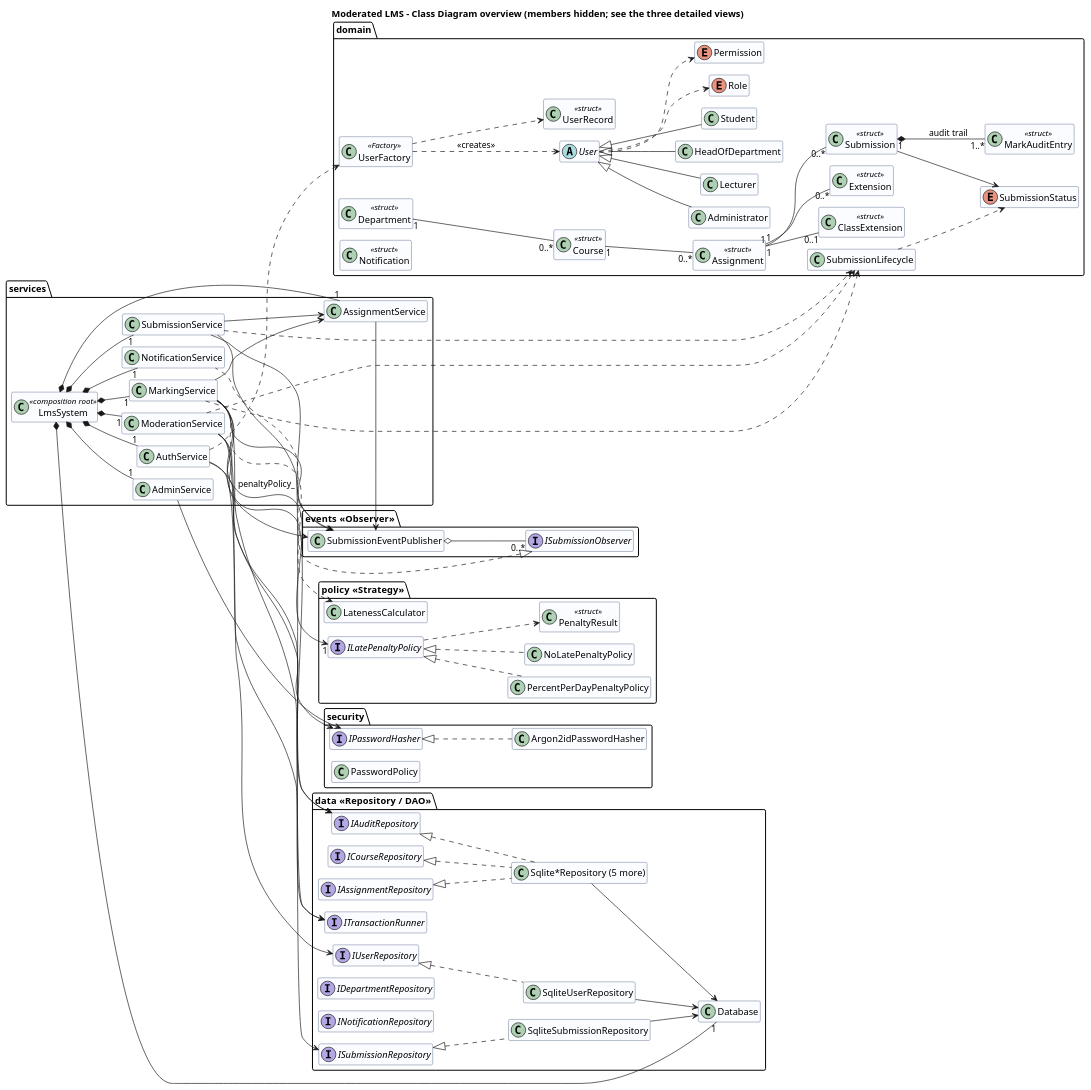
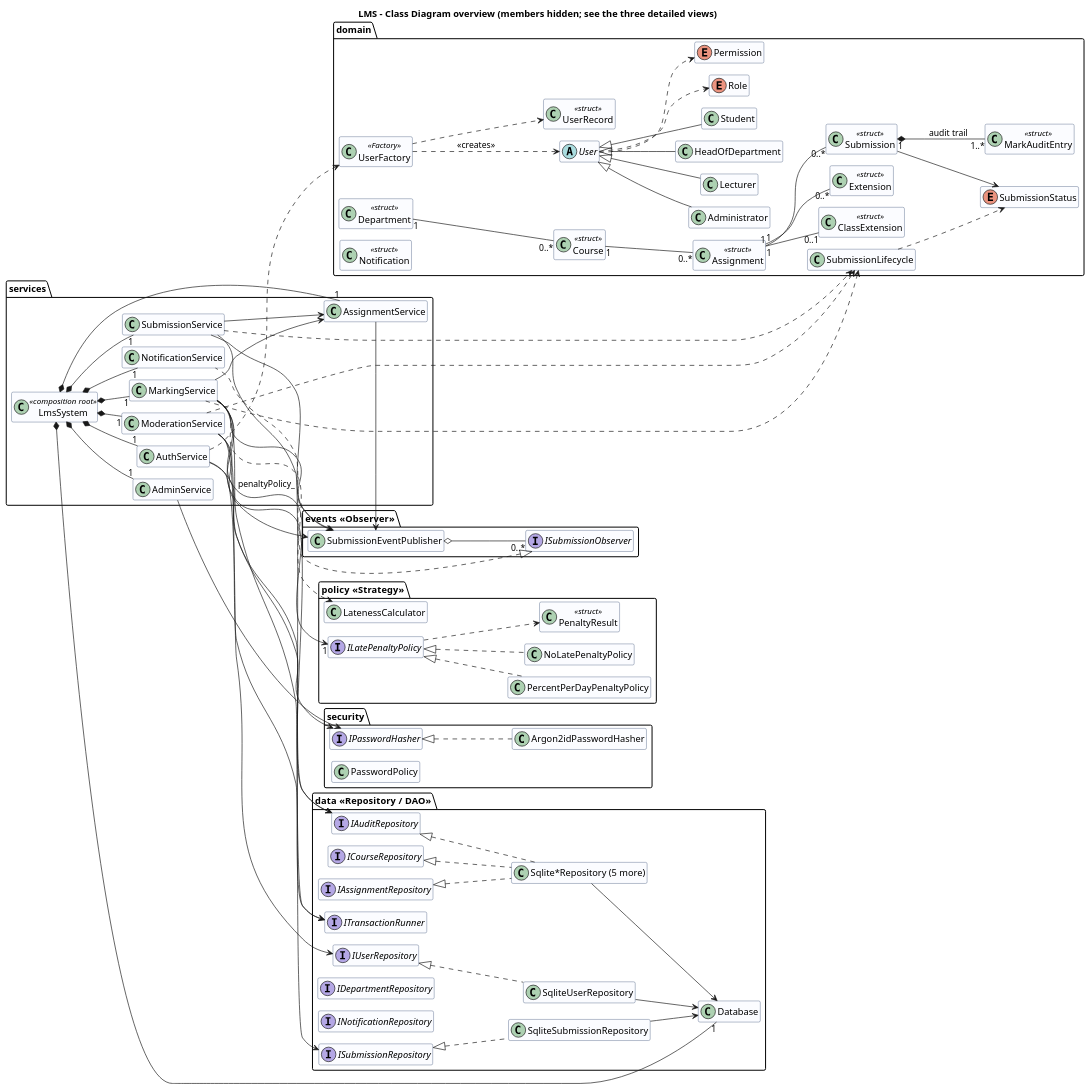
Before and after one commit to victormonyekem02-sudo/Edu-Management-System: the diagram in docs/diagrams/class-diagram.puml, drawn with PlantUML. The commit also changed 33 other files, not shown here.

```diff
--- a/docs/diagrams/class-diagram.puml
+++ b/docs/diagrams/class-diagram.puml
@@ -1,6 +1,6 @@
 @startuml class-diagram
 !pragma layout smetana
-title Moderated LMS - Class Diagram overview (members hidden; see the three detailed views)
+title LMS - Class Diagram overview (members hidden; see the three detailed views)
 skinparam classAttributeIconSize 0
 skinparam class {
   BackgroundColor #FBFCFF
```
